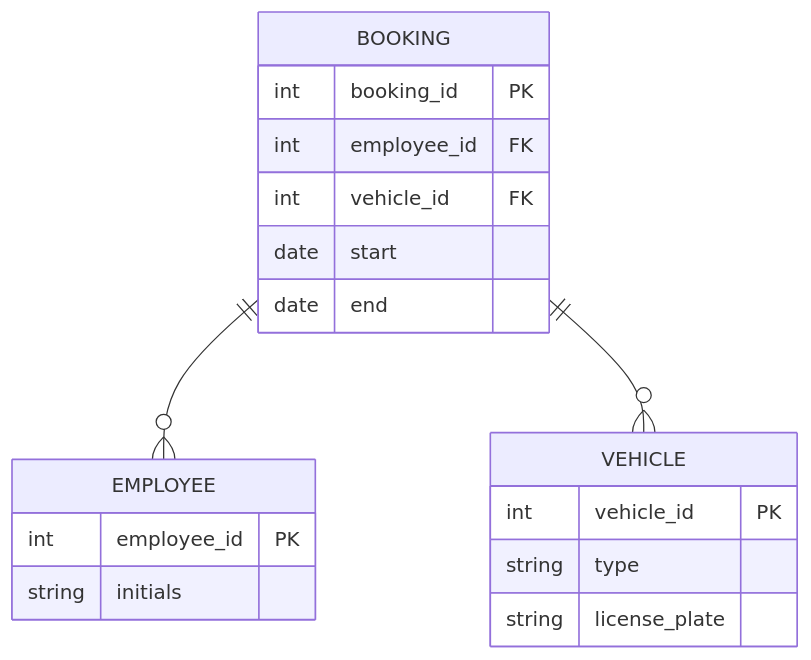
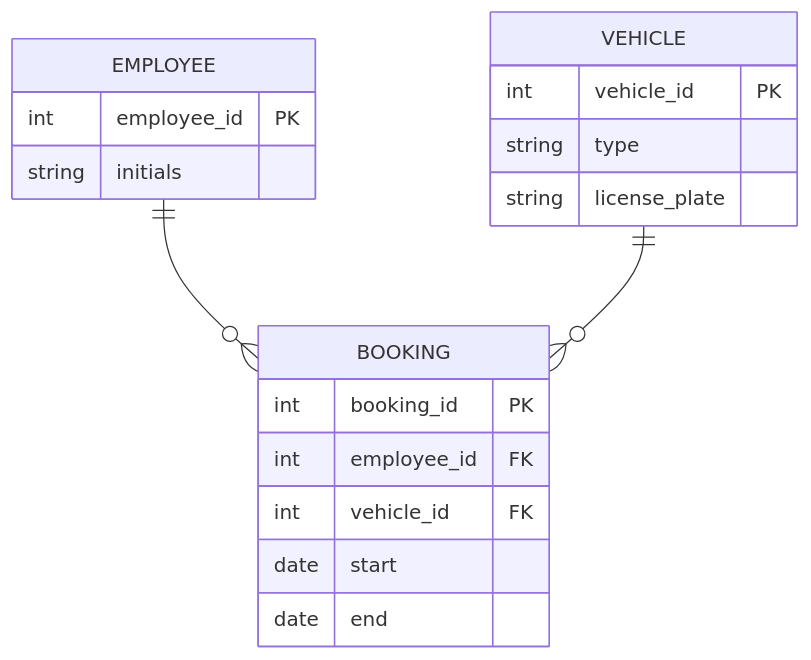
Before and after one commit to Anmi9/2.SemesterEksamensprojekt: the diagram in docs/notes/Logisk model version 2.md, drawn with Mermaid. The commit also changed 2 other files, not shown here.

Commit message:
report(avm): DB-valg

````diff
--- a/docs/notes/Logisk model version 2.md
+++ b/docs/notes/Logisk model version 2.md
@@ -10,31 +10,31 @@
 ```mermaid
 erDiagram
     VEHICLE{
     int vehicle_id PK
     string type 
     string license_plate
     }
     
     EMPLOYEE{
     int employee_id PK
     string initials  
     }
     
     BOOKING{
     int booking_id PK
     int employee_id FK
     int vehicle_id FK
     date start 
     date end
     }
     
     VEHICLE  
     EMPLOYEE
-    BOOKING || --o{ EMPLOYEE :" "
-    BOOKING || --o{ VEHICLE :" "
+    EMPLOYEE || --o{ BOOKING :" "
+    VEHICLE || --o{ BOOKING :" "
     
     
     
     
     
 ```
````
